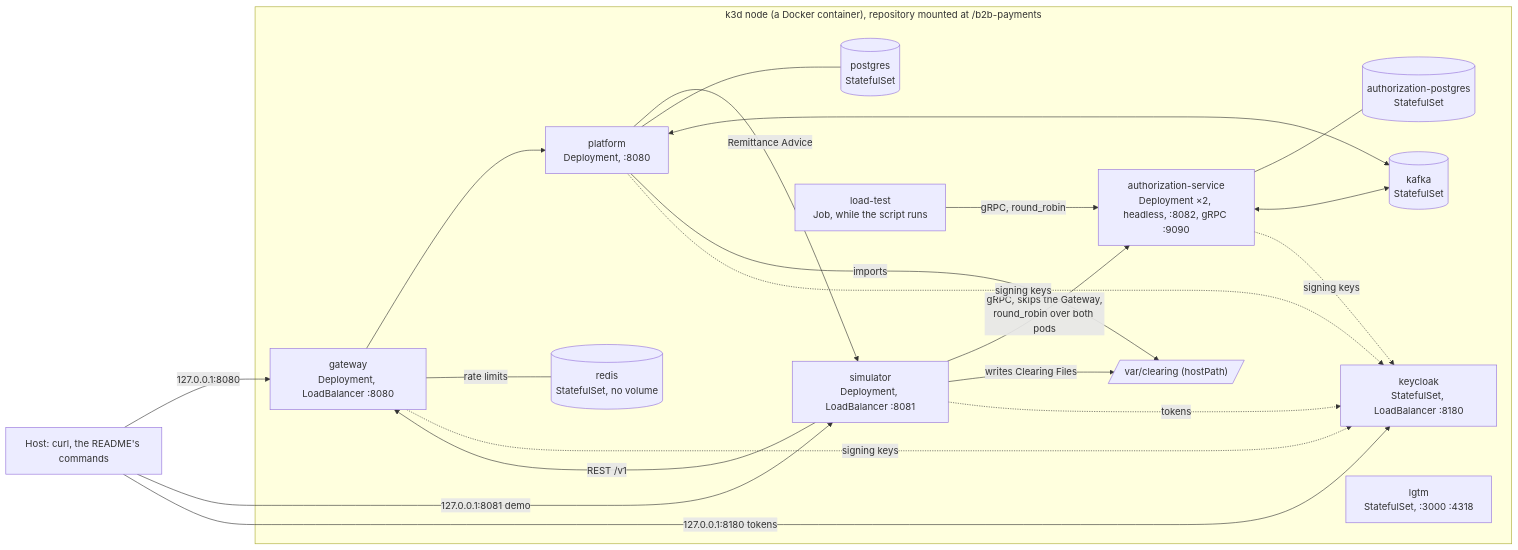
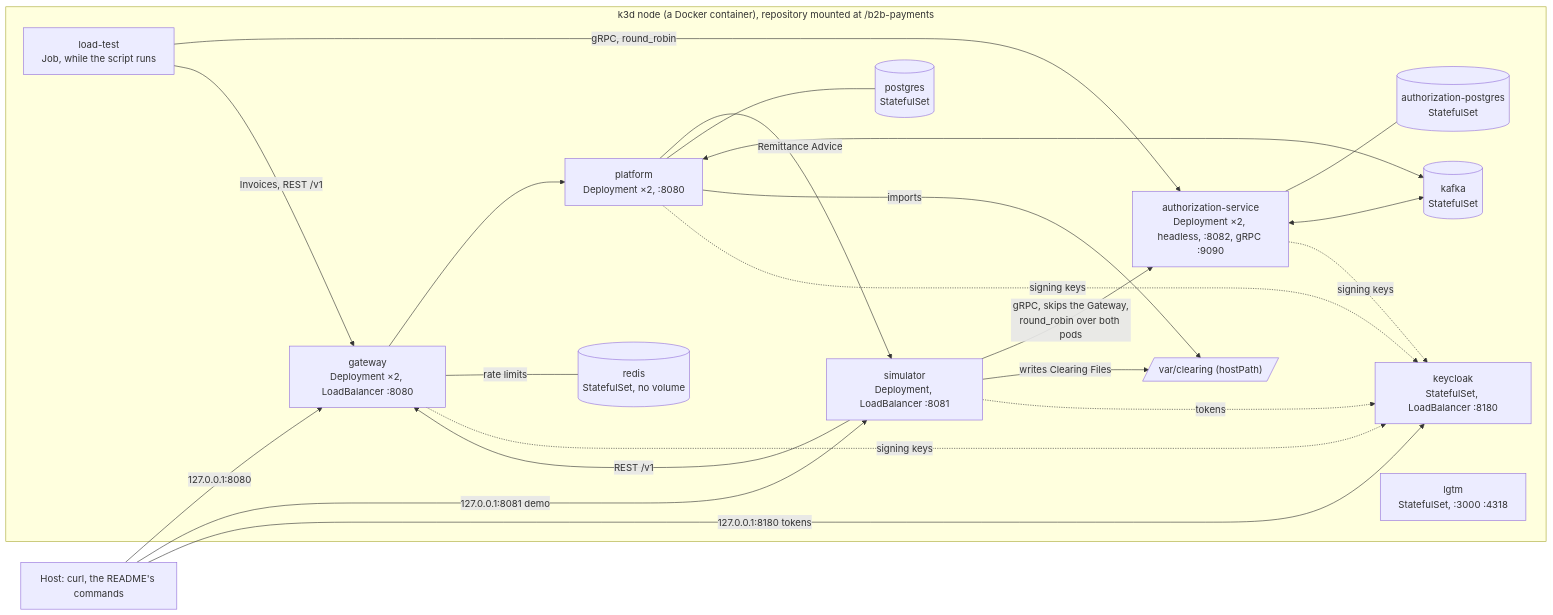
The second of 15 diagrams in docs/architecture.md (rgonzal92/b2b-payments-platform), drawn with Mermaid before and after one commit. The commit also changed other lines of this file and 5 other files, not shown here.

Commit message:
docs: two platform and Gateway pods through a redeploy, the Invoice simulation and the three-rollout load test

````diff
--- a/docs/architecture.md
+++ b/docs/architecture.md
@@ -58,35 +58,36 @@
 ```mermaid
 flowchart LR
     host["Host: curl, the README's commands"]
     subgraph node["k3d node (a Docker container), repository mounted at /b2b-payments"]
-        gateway["gateway<br/>Deployment, LoadBalancer :8080"]
-        platform["platform<br/>Deployment, :8080"]
+        gateway["gateway<br/>Deployment ×2, LoadBalancer :8080"]
+        platform["platform<br/>Deployment ×2, :8080"]
         service["authorization-service<br/>Deployment ×2, headless, :8082, gRPC :9090"]
         simulator["simulator<br/>Deployment, LoadBalancer :8081"]
         keycloak["keycloak<br/>StatefulSet, LoadBalancer :8180"]
         pg[("postgres<br/>StatefulSet")]
         apg[("authorization-postgres<br/>StatefulSet")]
         kafka[("kafka<br/>StatefulSet")]
         lgtm["lgtm<br/>StatefulSet, :3000 :4318"]
         redis[("redis<br/>StatefulSet, no volume")]
         drop[/"var/clearing (hostPath)"/]
         loadtest["load-test<br/>Job, while the script runs"]
     end
     host -->|"127.0.0.1:8080"| gateway
     host -->|"127.0.0.1:8081 demo"| simulator
     host -->|"127.0.0.1:8180 tokens"| keycloak
     simulator -->|"REST /v1"| gateway
     gateway --> platform
     gateway ---|"rate limits"| redis
     simulator -->|"gRPC, skips the Gateway,<br/>round_robin over both pods"| service
     loadtest -->|"gRPC, round_robin"| service
+    loadtest -->|"Invoices, REST /v1"| gateway
     platform -->|"Remittance Advice"| simulator
     platform --- pg
     service --- apg
     platform <--> kafka
     service <--> kafka
     simulator -->|"writes Clearing Files"| drop
     platform -->|"imports"| drop
     gateway & platform & service -.->|"signing keys"| keycloak
     simulator -.->|"tokens"| keycloak
 ```
````
